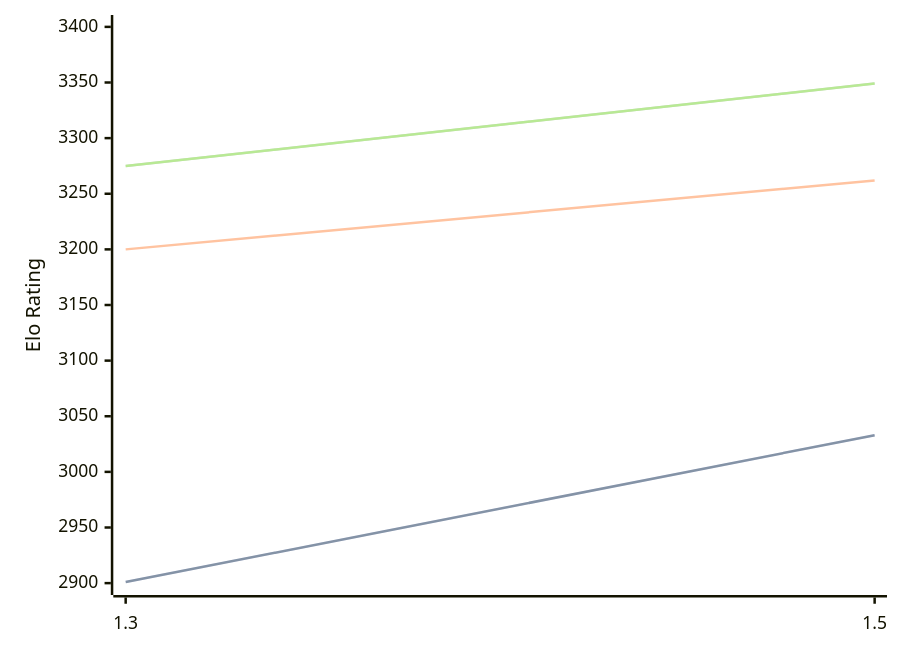
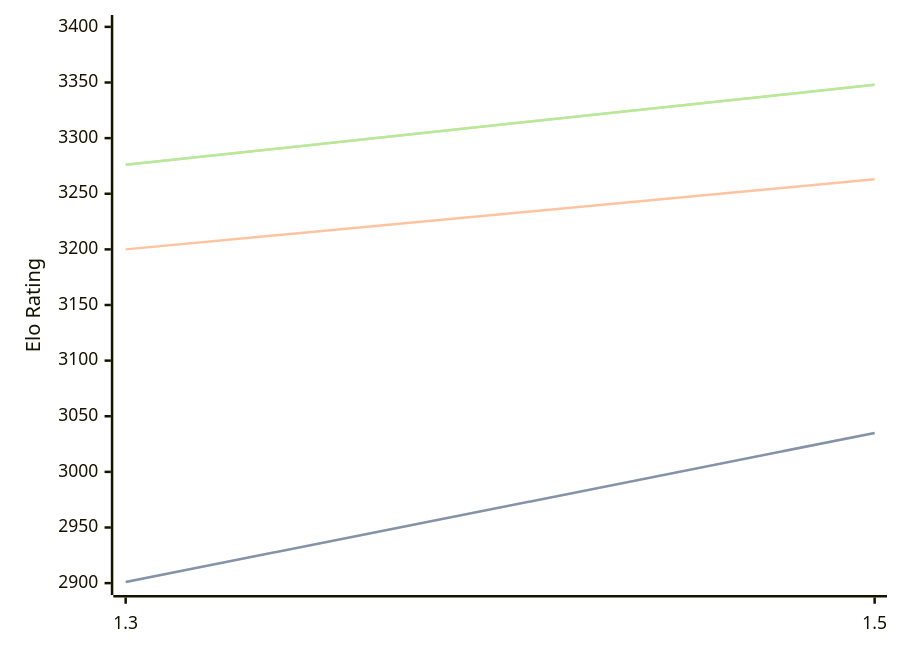
Before and after one commit to computer-chess-index/cci: the diagram in engines/Lambergar.md, drawn with Mermaid. The commit also changed other lines of this file, not shown here.

Commit message:
Update CCI Ratings (ELO VLTC) - 2026-07-30

````diff
--- a/engines/Lambergar.md
+++ b/engines/Lambergar.md
@@ -44,11 +44,11 @@
 ```mermaid
 %%{init: {"theme":"base","themeVariables":{"seriesColors:['#a3a3a3','#222221','#faa371']}}}%%
 xychart-beta
   x-axis ["1.3", "1.5"]
   y-axis "Elo Rating" 2900 --> 3400
-  line "STC (8.0+0.08s)" [2901, 3033]
-  line "STC (8.0+0.08s)" [2901, 3033]
-  line "LTC (60.0+0.60s)" [3200, 3262]
-  line "VLTC (2m24s+1.12s)" [3275, 3349]
-  line "VLTC (2m24s+1.12s)" [3275, 3349]
+  line "STC (8.0+0.08s)" [2901, 3035]
+  line "STC (8.0+0.08s)" [2901, 3035]
+  line "LTC (60.0+0.60s)" [3200, 3263]
+  line "VLTC (2m24s+1.12s)" [3276, 3348]
+  line "VLTC (2m24s+1.12s)" [3276, 3348]
 ```
````
